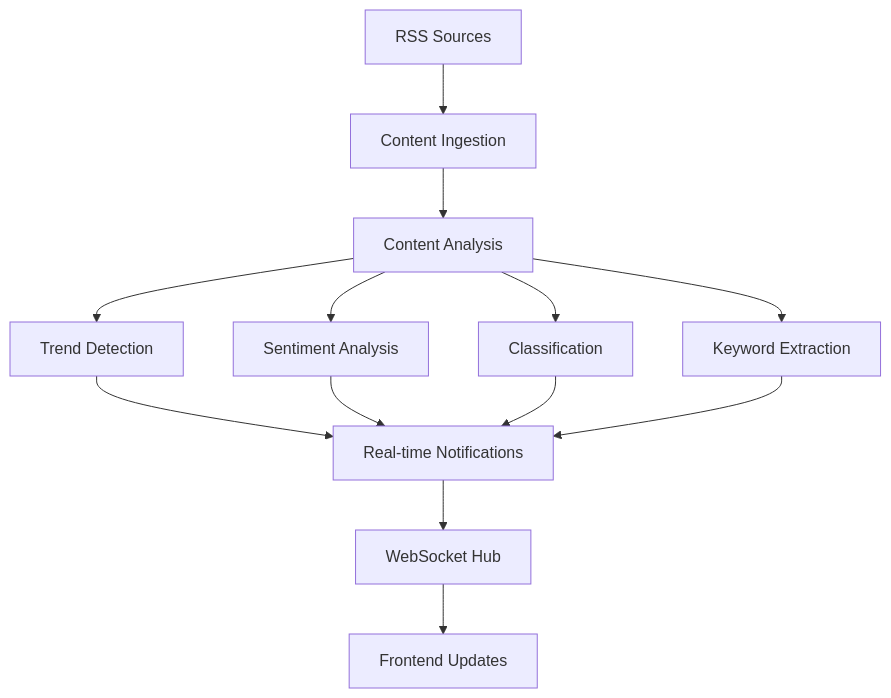
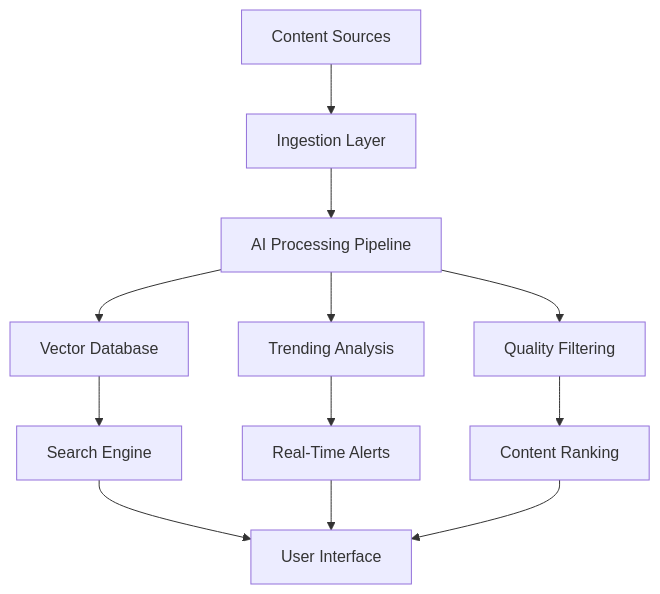
Before and after one commit to manpro/mcp-email: the diagram in rss-intel/README.md, drawn with Mermaid. The commit also changed other lines of this file and 3 other files, not shown here.

````diff
--- a/rss-intel/README.md
+++ b/rss-intel/README.md
@@ -104,15 +97,14 @@
 ```mermaid
 graph TB
-    A[RSS Sources] --> B[Content Ingestion]
-    B --> C[Content Analysis]
-    C --> D[Trend Detection]
-    C --> E[Sentiment Analysis]
-    C --> F[Classification]
-    C --> G[Keyword Extraction]
-    D --> H[Real-time Notifications]
-    E --> H
-    F --> H
-    G --> H
-    H --> I[WebSocket Hub]
-    I --> J[Frontend Updates]
+    A[Content Sources] --> B[Ingestion Layer]
+    B --> C[AI Processing Pipeline]
+    C --> D[Vector Database]
+    C --> E[Trending Analysis]
+    C --> F[Quality Filtering]
+    D --> G[Search Engine]
+    E --> H[Real-Time Alerts]
+    F --> I[Content Ranking]
+    G --> J[User Interface]
+    H --> J
+    I --> J
 ```
````
